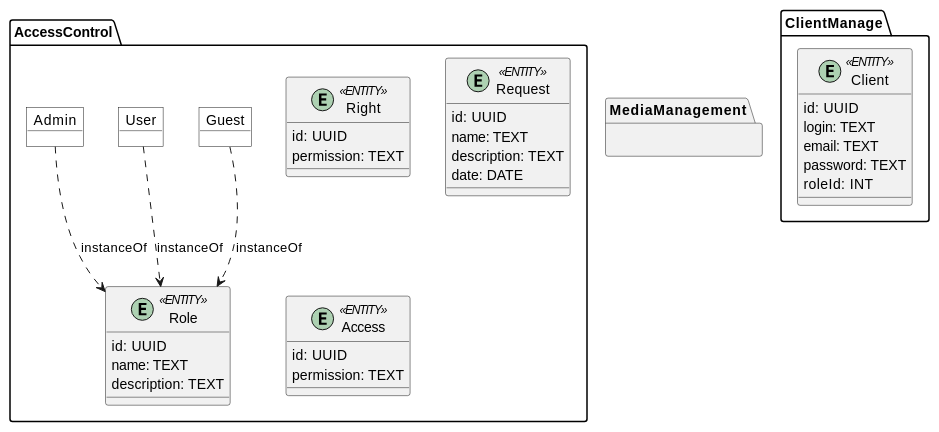
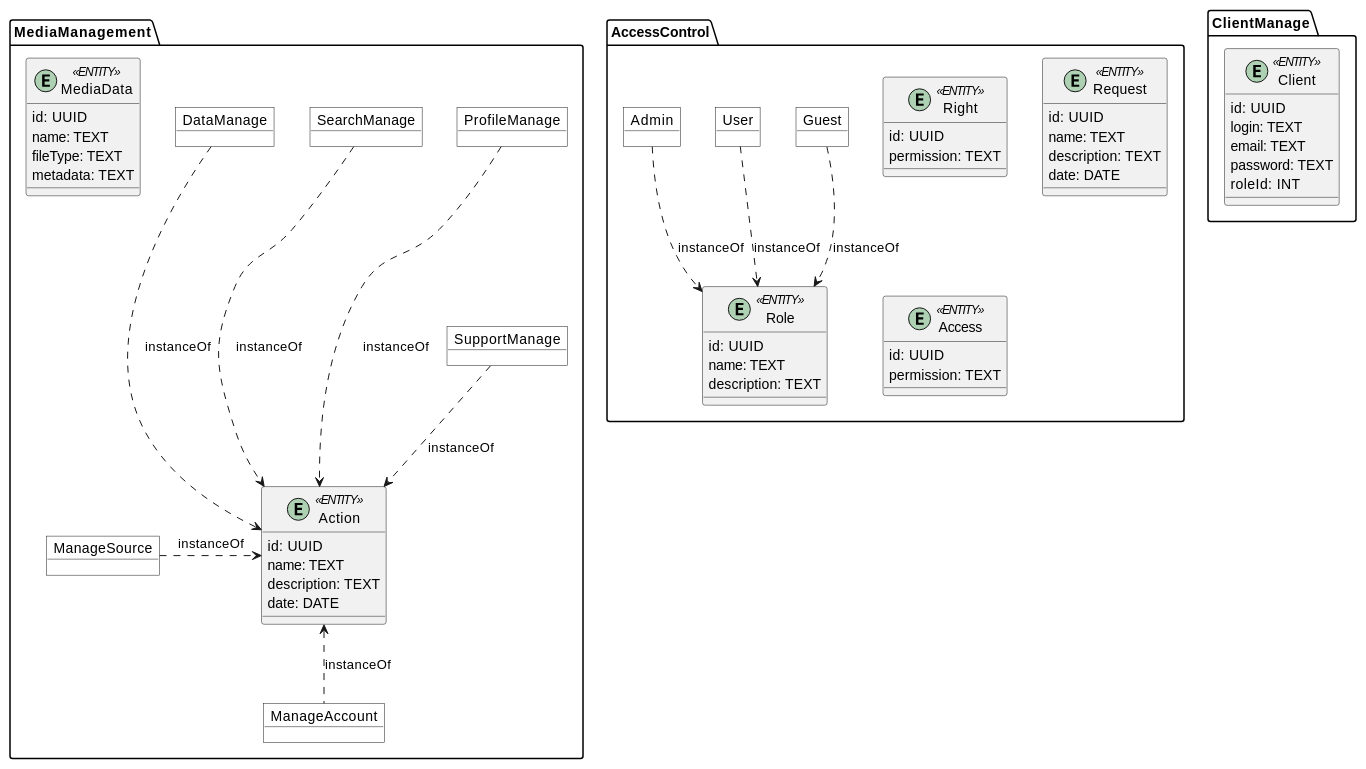
The second of 2 diagrams in docs/design/README.md (nonGratis/retarder-io-23-3), drawn with PlantUML before and after one commit.

Commit message:
fill MediaManagement in ER UML

````diff
--- a/docs/design/README.md
+++ b/docs/design/README.md
@@ -97,50 +97,78 @@
 ```plantuml
 @startuml
   package ClientManage {
       entity Client <<ENTITY>> {
         id: UUID
         login: TEXT
         email: TEXT
         password: TEXT
         roleId: INT
       }
   }
 
   package AccessControl {
       entity Role <<ENTITY>> {
         id: UUID
         name: TEXT
         description: TEXT
       }
 
       object Guest #white
       object User #white
       object Admin #white
 
       Guest ..> Role : instanceOf
       User ..> Role : instanceOf
       Admin ..> Role : instanceOf
 
       entity Right <<ENTITY>> {
         id: UUID
         permission: TEXT
       }
 
       entity Request <<ENTITY>> {
         id: UUID
         name: TEXT
         description: TEXT
         date: DATE
       }
 
       entity Access <<ENTITY>> {
         id: UUID
         permission: TEXT
       }
   }
 
   package MediaManagement {
+      entity Action <<ENTITY>> {
+        id: UUID
+        name: TEXT
+        description: TEXT
+        date: DATE
+      }
+      
+      object SupportManage #white
+      object ProfileManage #white
+      object SearchManage #white
+      object DataManage #white
+      object ManageAccount #white
+      object ManageSource #white
+
+      SupportManage ..> Action : instanceOf
+      ProfileManage ...> Action : instanceOf
+      SearchManage ...> Action : instanceOf
+      DataManage ...> Action : instanceOf
+      ManageAccount .u.> Action : instanceOf
+      ManageSource .> Action : instanceOf
+
+
+      entity MediaData <<ENTITY>> {
+        id: UUID
+        name: TEXT
+        fileType: TEXT
+        metadata: TEXT
+      }
   }
 
 @enduml
 ```
````
